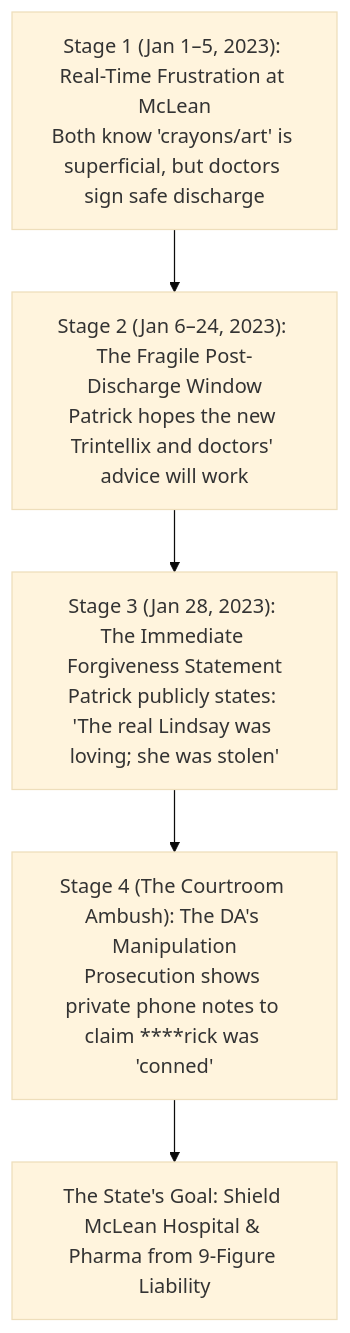
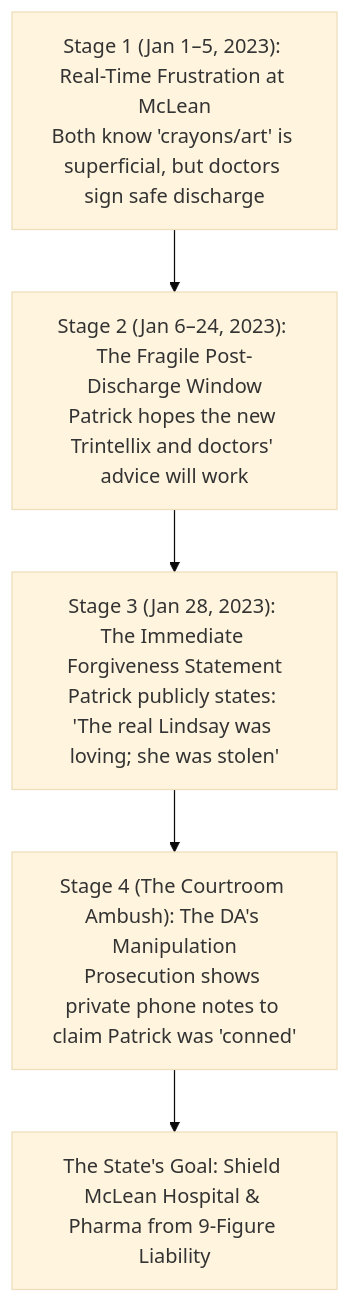
Before and after one commit to Tonypost949/OsintNeoAi: the diagram in public_export/legal_library/PATRICK_CLANCY_TRAJECTORY_FROM_MCLEAN_TO_COURTROOM_AMBUSH.md, drawn with Mermaid (base theme). The commit also changed 1052 other files, not shown here.

````diff
--- a/public_export/legal_library/PATRICK_CLANCY_TRAJECTORY_FROM_MCLEAN_TO_COURTROOM_AMBUSH.md
+++ b/public_export/legal_library/PATRICK_CLANCY_TRAJECTORY_FROM_MCLEAN_TO_COURTROOM_AMBUSH.md
@@ -38,7 +38,7 @@
 ```mermaid
 graph TD
     A["Stage 1 (Jan 1–5, 2023): Real-Time Frustration at McLean<br/>Both know 'crayons/art' is superficial, but doctors sign safe discharge"] --> B["Stage 2 (Jan 6–24, 2023): The Fragile Post-Discharge Window<br/>Patrick hopes the new Trintellix and doctors' advice will work"]
     B --> C["Stage 3 (Jan 28, 2023): The Immediate Forgiveness Statement<br/>Patrick publicly states: 'The real Lindsay was loving; she was stolen'"]
-    C --> D["Stage 4 (The Courtroom Ambush): The DA's Manipulation<br/>Prosecution shows private phone notes to claim ****rick was 'conned'"]
+    C --> D["Stage 4 (The Courtroom Ambush): The DA's Manipulation<br/>Prosecution shows private phone notes to claim Patrick was 'conned'"]
     D --> E["The State's Goal: Shield McLean Hospital & Pharma from 9-Figure Liability"]
 ```
````
